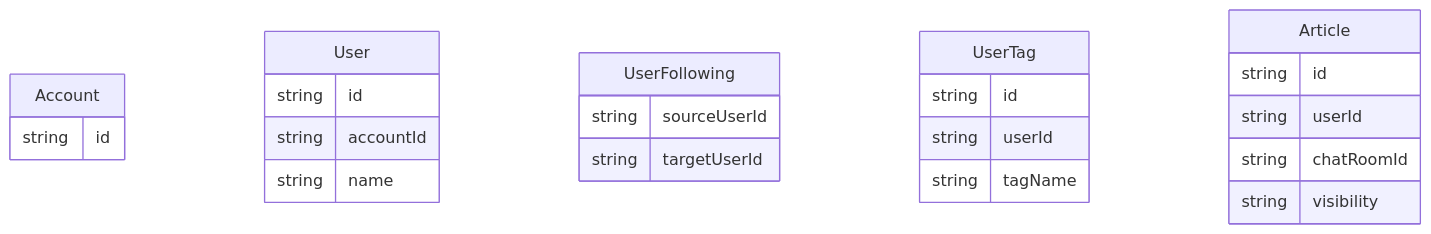
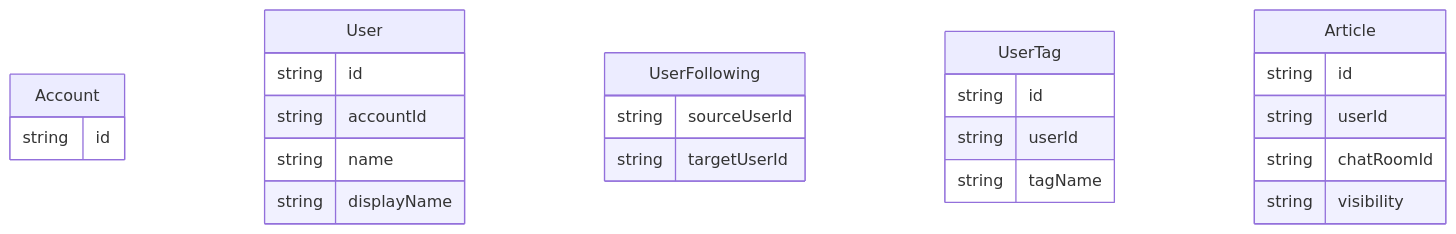
Before and after one commit to frost-community/frost: the first of 8 diagrams in backend/docs/db.md, drawn with Mermaid. The commit also changed other lines of this file and 13 other files, not shown here.

````diff
--- a/backend/docs/db.md
+++ b/backend/docs/db.md
@@ -3,30 +3,31 @@
 ```mermaid
 erDiagram
   Account {
     string id
   }
 
   User {
     string id
     string accountId
     string name
+    string displayName
   }
 
   UserFollowing {
     string sourceUserId
     string targetUserId
   }
 
   UserTag {
     string id
     string userId
     string tagName
   }
 
   Article {
     string id
     string userId
     string chatRoomId
     string visibility
   }
 ```
````
